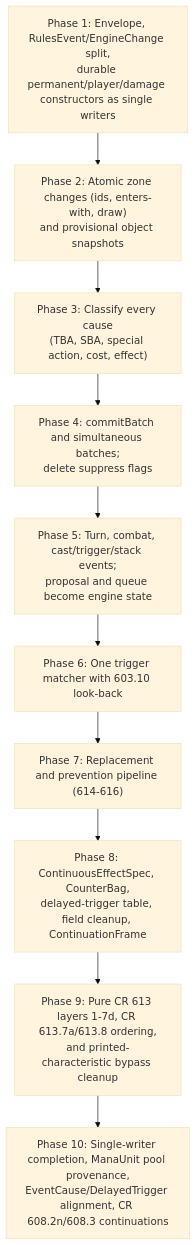
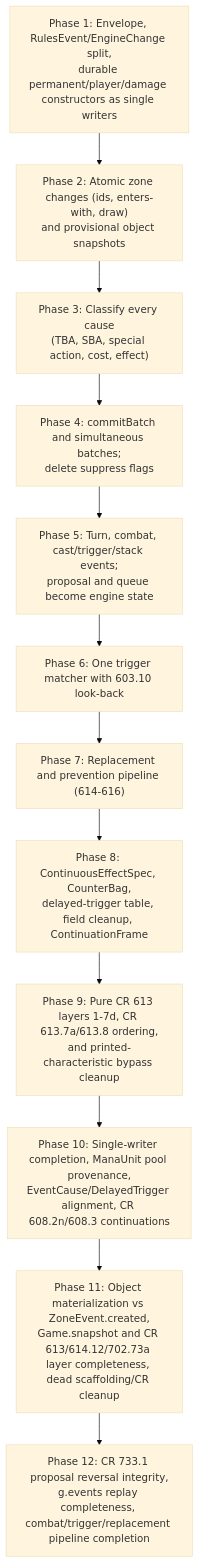
One commit to IharBury/mtg changed the diagram in EVENT_ALIGNMENT_PLAN.md. Above: the diagram before and after it, drawn with Mermaid (base theme). The commit also changed other lines of this file, not shown here.

Commit message:
Update EVENT_ALIGNMENT_PLAN.md after Phase 10 (#588) and add Phases 11-12

````diff
--- a/EVENT_ALIGNMENT_PLAN.md
+++ b/EVENT_ALIGNMENT_PLAN.md
@@ -1369,12 +1414,14 @@
 ```mermaid
 flowchart TD
   P1["Phase 1: Envelope, RulesEvent/EngineChange split,\ndurable permanent/player/damage constructors as single writers"] --> P2["Phase 2: Atomic zone changes (ids, enters-with, draw)\nand provisional object snapshots"]
   P2 --> P3["Phase 3: Classify every cause\n(TBA, SBA, special action, cost, effect)"]
   P3 --> P4["Phase 4: commitBatch and simultaneous batches;\ndelete suppress flags"]
   P4 --> P5["Phase 5: Turn, combat, cast/trigger/stack events;\nproposal and queue become engine state"]
   P5 --> P6["Phase 6: One trigger matcher with 603.10 look-back"]
   P6 --> P7["Phase 7: Replacement and prevention pipeline (614-616)"]
   P7 --> P8["Phase 8: ContinuousEffectSpec, CounterBag,\ndelayed-trigger table, field cleanup, ContinuationFrame"]
   P8 --> P9["Phase 9: Pure CR 613 layers 1-7d, CR 613.7a/613.8 ordering,\nand printed-characteristic bypass cleanup"]
   P9 --> P10["Phase 10: Single-writer completion, ManaUnit pool provenance,\nEventCause/DelayedTrigger alignment, CR 608.2n/608.3 continuations"]
+  P10 --> P11["Phase 11: Object materialization vs ZoneEvent.created,\nGame.snapshot and CR 613/614.12/702.73a layer completeness, dead scaffolding/CR cleanup"]
+  P11 --> P12["Phase 12: CR 733.1 proposal reversal integrity,\ng.events replay completeness, combat/trigger/replacement pipeline completion"]
 ```
````
